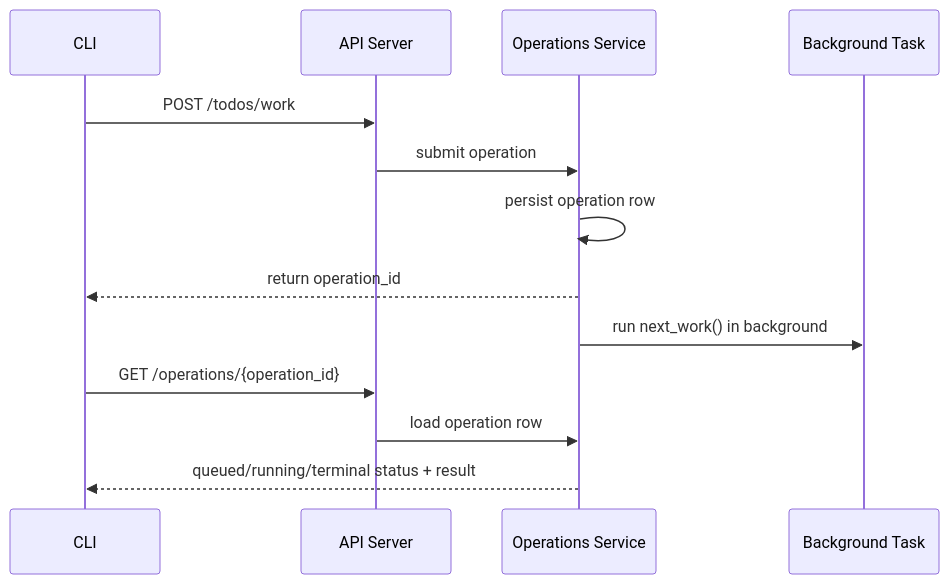
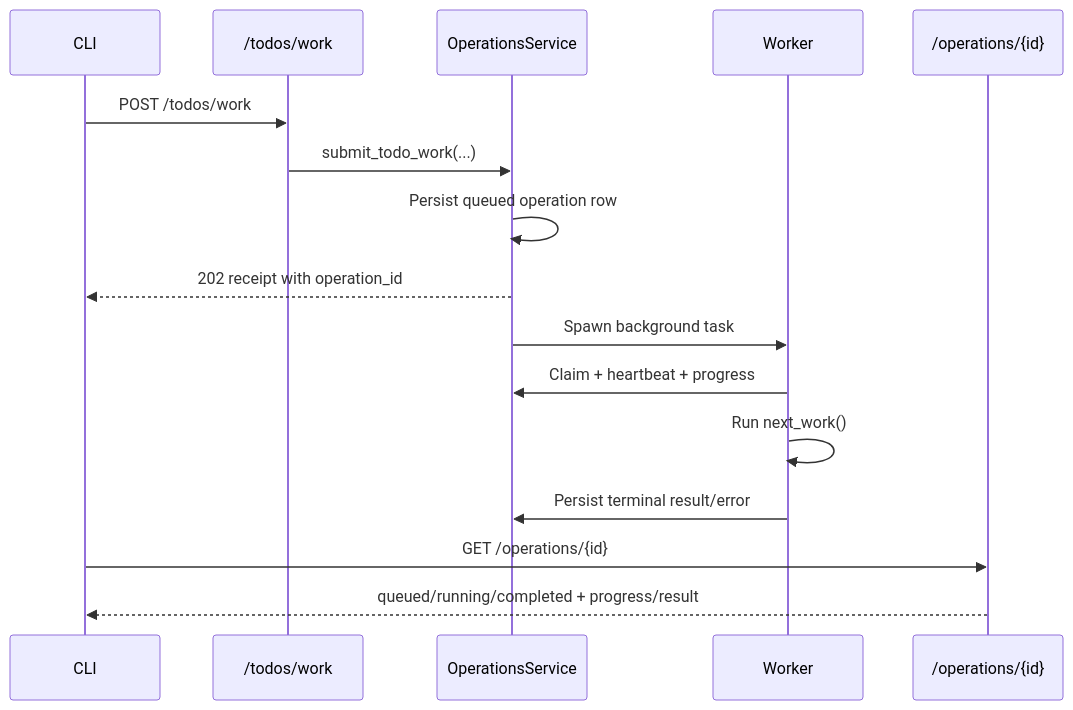
The diagram in docs/project/design/architecture/operation-receipts.md (InstruktAI/TeleClaude), drawn with Mermaid before and after one commit. The commit also changed other lines of this file and 18 other files, not shown here.

First line of the commit message:
feat(async-operation-receipts): receipt-first contract for long-running operations

````diff
--- a/docs/project/design/architecture/operation-receipts.md
+++ b/docs/project/design/architecture/operation-receipts.md
@@ -43,16 +21,19 @@
 ```mermaid
 sequenceDiagram
     participant CLI
-    participant API as API Server
-    participant Ops as Operations Service
-    participant Worker as Background Task
+    participant API as /todos/work
+    participant Ops as OperationsService
+    participant Worker
+    participant Status as /operations/{id}
 
     CLI->>API: POST /todos/work
-    API->>Ops: submit operation
-    Ops->>Ops: persist operation row
-    Ops-->>CLI: return operation_id
-    Ops->>Worker: run next_work() in background
-    CLI->>API: GET /operations/{operation_id}
-    API->>Ops: load operation row
-    Ops-->>CLI: queued/running/terminal status + result
+    API->>Ops: submit_todo_work(...)
+    Ops->>Ops: Persist queued operation row
+    Ops-->>CLI: 202 receipt with operation_id
+    Ops->>Worker: Spawn background task
+    Worker->>Ops: Claim + heartbeat + progress
+    Worker->>Worker: Run next_work()
+    Worker->>Ops: Persist terminal result/error
+    CLI->>Status: GET /operations/{id}
+    Status-->>CLI: queued/running/completed + progress/result
 ```
````
